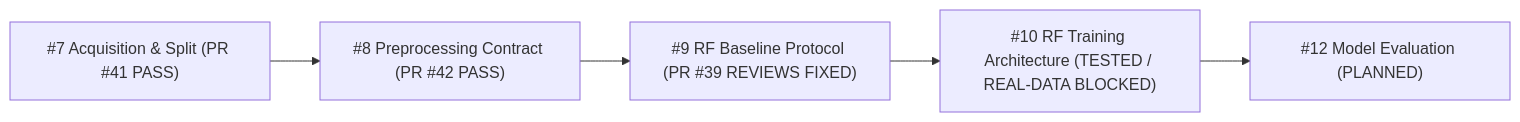
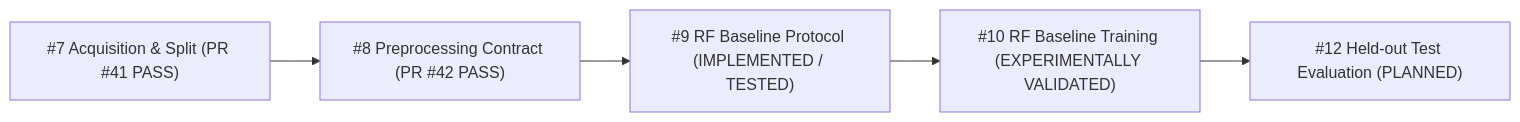
Before and after one commit to doctor-cato/AI-NETWORK-ANOMALY-DETECTION-TRACEABILITY-MAIN: the diagram in docs/RF_BASELINE_PROTOCOL.md, drawn with Mermaid. The commit also changed other lines of this file and 7 other files, not shown here.

Commit message:
docs(models): record real-data Random Forest training manifest and evidence for Issue #10

````diff
--- a/docs/RF_BASELINE_PROTOCOL.md
+++ b/docs/RF_BASELINE_PROTOCOL.md
@@ -295,7 +295,7 @@
 ```mermaid
 flowchart LR
     I7["#7 Acquisition & Split (PR #41 PASS)"] --> I8["#8 Preprocessing Contract (PR #42 PASS)"]
-    I8 --> I9["#9 RF Baseline Protocol (PR #39 REVIEWS FIXED)"]
-    I9 --> I10["#10 RF Training Architecture (TESTED / REAL-DATA BLOCKED)"]
-    I10 --> I12["#12 Model Evaluation (PLANNED)"]
+    I8 --> I9["#9 RF Baseline Protocol (IMPLEMENTED / TESTED)"]
+    I9 --> I10["#10 RF Baseline Training (EXPERIMENTALLY VALIDATED)"]
+    I10 --> I12["#12 Held-out Test Evaluation (PLANNED)"]
 ```
````
